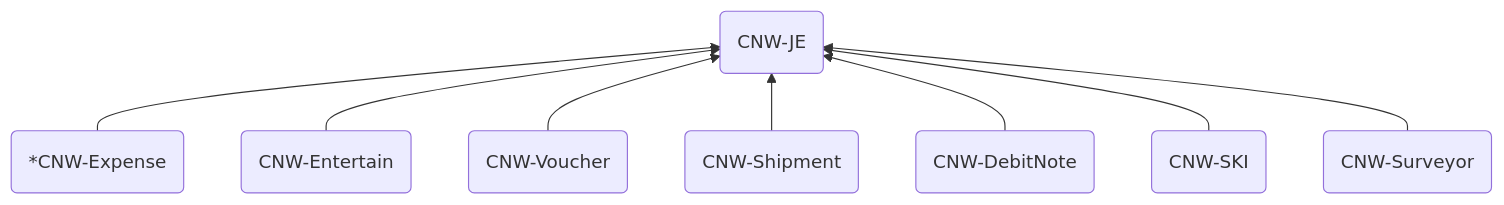
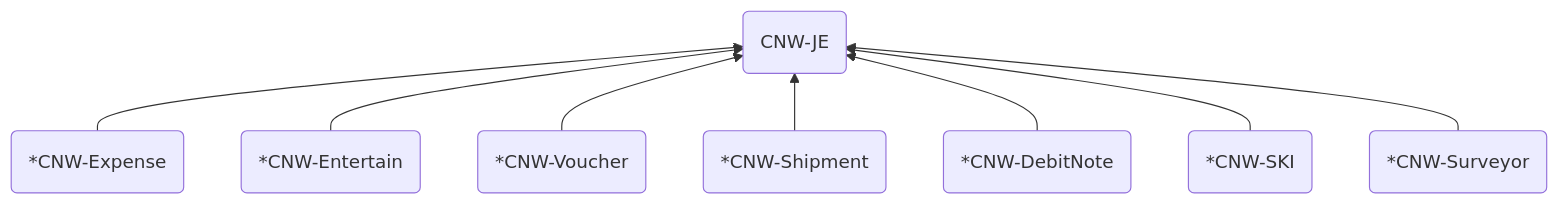
The third of 5 diagrams in cnw_je_doc.md (andyut/cnw_doc), drawn with Mermaid before and after one commit. The commit also changed other lines of this file, not shown here.

Commit message:
cnw_je_doc.md updated from https://stackedit.io/

````diff
--- a/cnw_je_doc.md
+++ b/cnw_je_doc.md
@@ -41,12 +41,10 @@
 ```mermaid
 graph BT
 A(*CNW-Expense) --> B(CNW-JE)
-A1(CNW-Entertain) --> B(CNW-JE)
-A2(CNW-Voucher) --> B(CNW-JE)
-A3(CNW-Shipment) --> B(CNW-JE)
-A4(CNW-DebitNote) --> B(CNW-JE)
-A5(CNW-SKI) --> B(CNW-JE)
-A6(CNW-Surveyor) --> B(CNW-JE)
-
-
+A1(*CNW-Entertain) --> B(CNW-JE)
+A2(*CNW-Voucher) --> B(CNW-JE)
+A3(*CNW-Shipment) --> B(CNW-JE)
+A4(*CNW-DebitNote) --> B(CNW-JE)
+A5(*CNW-SKI) --> B(CNW-JE)
+A6(*CNW-Surveyor) --> B(CNW-JE)
 ```
````
